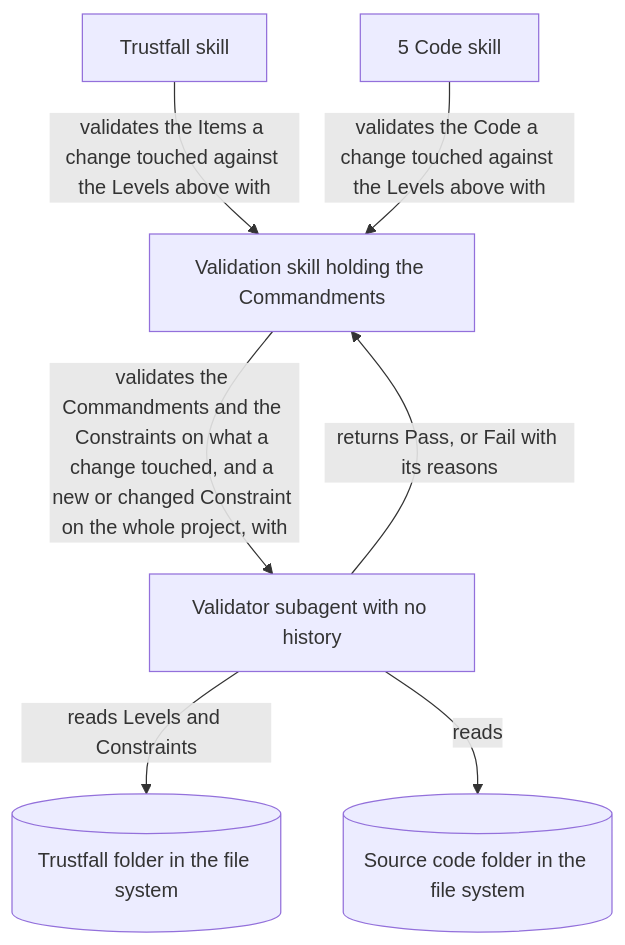
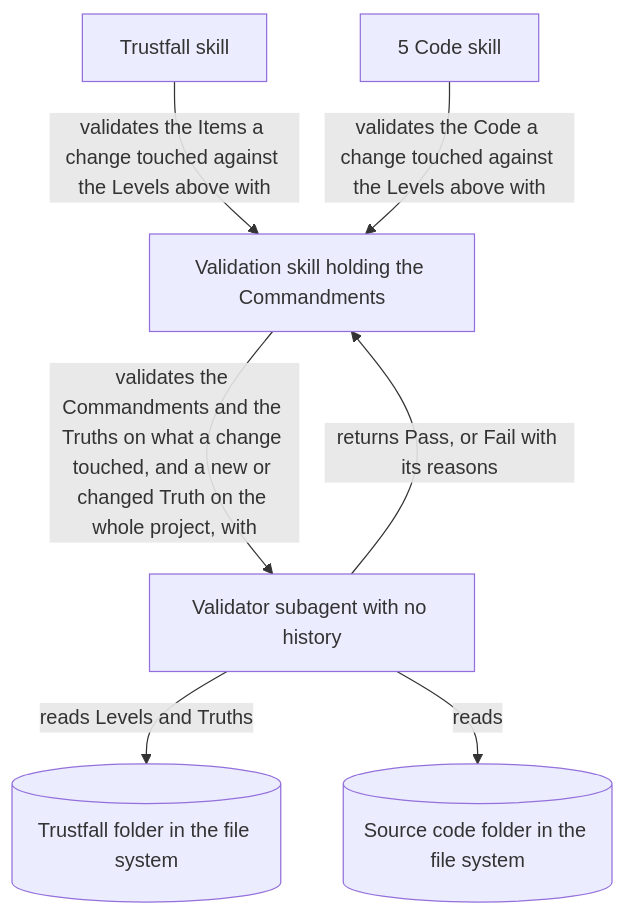
The third of 3 diagrams in trustfall/3-architecture.md (jehna/trustfall), drawn with Mermaid before and after one commit. The commit also changed other lines of this file and 9 other files, not shown here.

First line of the commit message:
Change Constraint to Truth

````diff
--- a/trustfall/3-architecture.md
+++ b/trustfall/3-architecture.md
@@ -36,15 +36,15 @@
 ```mermaid
 flowchart TD
   trustfall[Trustfall skill]
   code[5 Code skill]
   validation[Validation skill holding the Commandments]
   subagent[Validator subagent with no history]
   levels[(Trustfall folder in the file system)]
   source[(Source code folder in the file system)]
   trustfall -- validates the Items a change touched against the Levels above with --> validation
   code -- validates the Code a change touched against the Levels above with --> validation
-  validation -- validates the Commandments and the Constraints on what a change touched, and a new or changed Constraint on the whole project, with --> subagent
-  subagent -- reads Levels and Constraints --> levels
+  validation -- validates the Commandments and the Truths on what a change touched, and a new or changed Truth on the whole project, with --> subagent
+  subagent -- reads Levels and Truths --> levels
   subagent -- reads --> source
   subagent -- returns Pass, or Fail with its reasons --> validation
 ```
````
